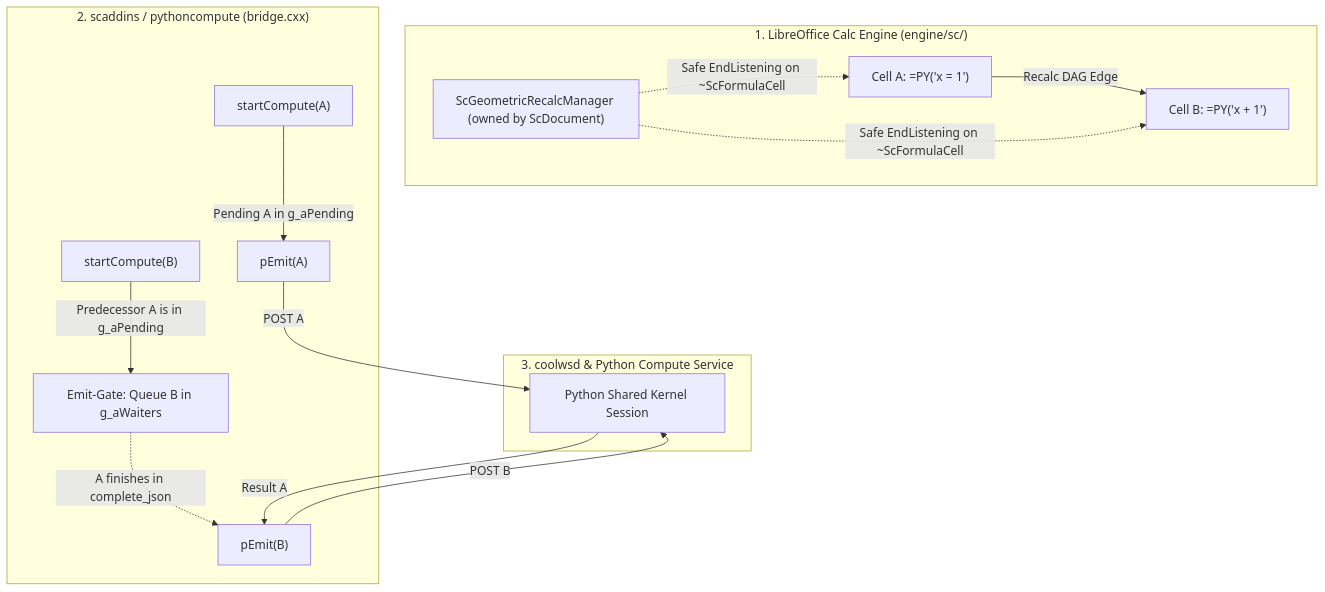
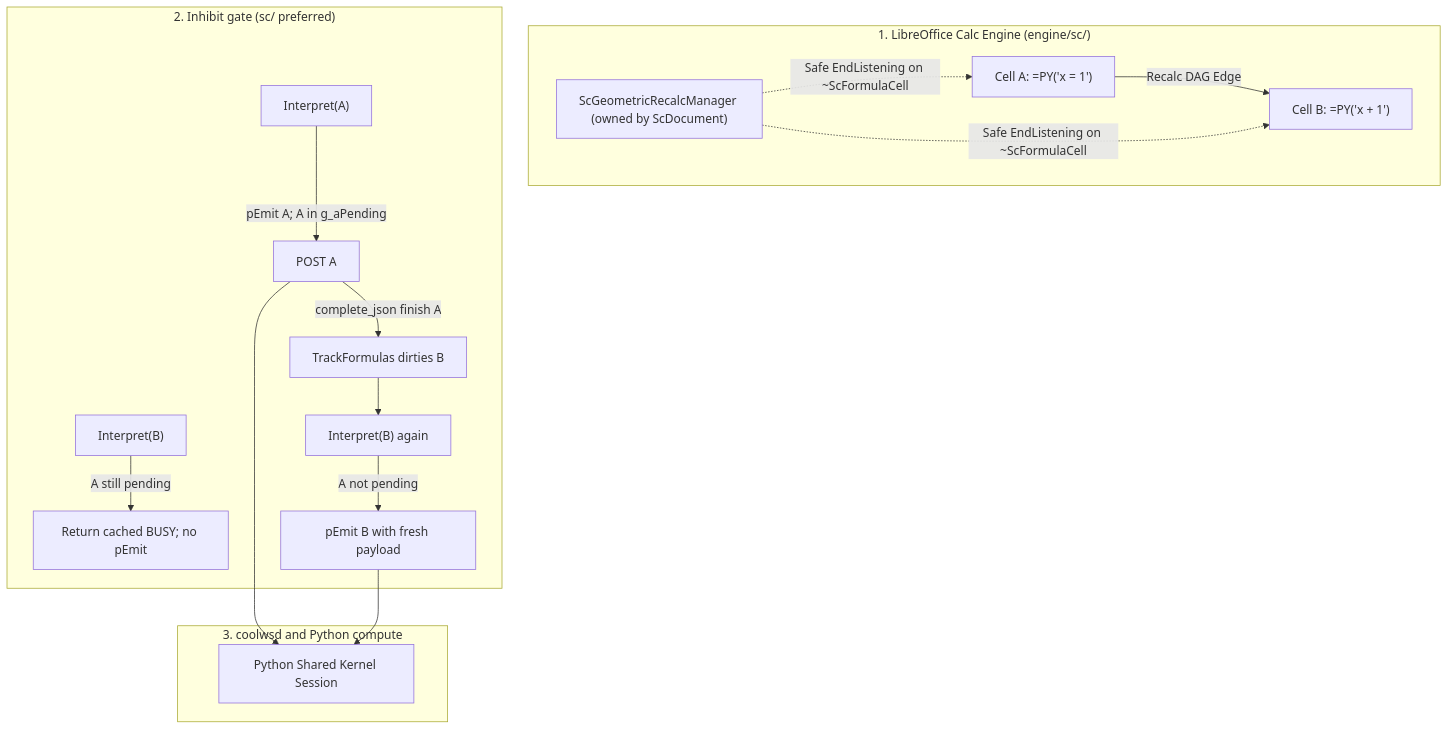
The diagram in docs/calc/geometric-recalc-order.md (Augusto-Zolet/writeragent), drawn with Mermaid before and after one commit. The commit also changed other lines of this file and 3 other files, not shown here.

````diff
--- a/docs/calc/geometric-recalc-order.md
+++ b/docs/calc/geometric-recalc-order.md
@@ -481,21 +482,22 @@
 ```mermaid
 flowchart TD
     subgraph Calc_Engine ["1. LibreOffice Calc Engine (engine/sc/)"]
         FC1["Cell A: =PY('x = 1')"] -->|Recalc DAG Edge| FC2["Cell B: =PY('x + 1')"]
         MGR["ScGeometricRecalcManager (owned by ScDocument)"]
         MGR -.->|Safe EndListening on ~ScFormulaCell| FC1
         MGR -.->|Safe EndListening on ~ScFormulaCell| FC2
     end
 
-    subgraph AddIn_Bridge ["2. scaddins / pythoncompute (bridge.cxx)"]
-        SC1["startCompute(A)"] -->|Pending A in g_aPending| EMIT1["pEmit(A)"]
-        SC2["startCompute(B)"] -->|Predecessor A is in g_aPending| GATE["Emit-Gate: Queue B in g_aWaiters"]
-        GATE -.->|A finishes in complete_json| EMIT2["pEmit(B)"]
+    subgraph Inhibit ["2. Inhibit gate (sc/ preferred)"]
+        SC1["Interpret(A)"] -->|pEmit A; A in g_aPending| EMIT1["POST A"]
+        SC2["Interpret(B)"] -->|A still pending| GATE["Return cached BUSY; no pEmit"]
+        EMIT1 -->|complete_json finish A| TF["TrackFormulas dirties B"]
+        TF --> SC2b["Interpret(B) again"]
+        SC2b -->|A not pending| EMIT2["pEmit B with fresh payload"]
     end
 
-    subgraph WSD_Compute ["3. coolwsd & Python Compute Service"]
-        EMIT1 -->|POST A| PY["Python Shared Kernel Session"]
-        PY -->|Result A| EMIT2
-        EMIT2 -->|POST B| PY
+    subgraph WSD_Compute ["3. coolwsd and Python compute"]
+        EMIT1 --> PY["Python Shared Kernel Session"]
+        EMIT2 --> PY
     end
 ```
````
